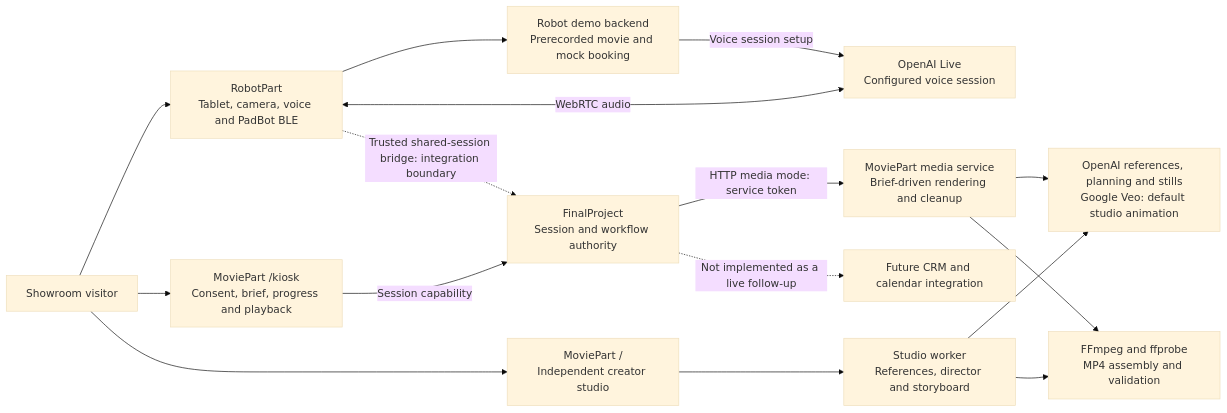
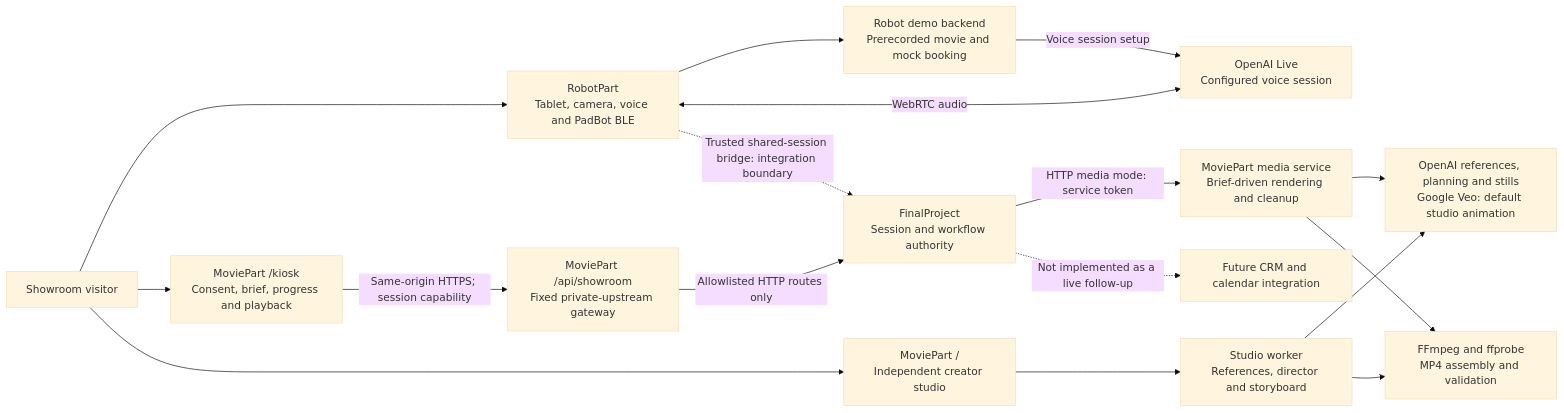
Before and after one commit to dngoins/agents-everywhere-starter-kit: the diagram in README.md, drawn with Mermaid (base theme). The commit also changed other lines of this file and 12 other files, not shown here.

Commit message:
Add bounded showroom gateway and opt-in kiosk launcher

````diff
--- a/README.md
+++ b/README.md
@@ -25,31 +25,33 @@
 ```mermaid
 flowchart LR
     Visitor["Showroom visitor"]
     Robot["RobotPart<br/>Tablet, camera, voice and PadBot BLE"]
     RobotAPI["Robot demo backend<br/>Prerecorded movie and mock booking"]
     Kiosk["MoviePart /kiosk<br/>Consent, brief, progress and playback"]
+    Gateway["MoviePart /api/showroom<br/>Fixed private-upstream gateway"]
     Orchestrator["FinalProject<br/>Session and workflow authority"]
     Media["MoviePart media service<br/>Brief-driven rendering and cleanup"]
     Studio["MoviePart /<br/>Independent creator studio"]
     Worker["Studio worker<br/>References, director and storyboard"]
     Voice["OpenAI Live<br/>Configured voice session"]
     Models["OpenAI references, planning and stills<br/>Google Veo: default studio animation"]
     Encoder["FFmpeg and ffprobe<br/>MP4 assembly and validation"]
     Followup["Future CRM and calendar integration"]
 
     Visitor --> Robot
     Robot --> RobotAPI
     RobotAPI -->|"Voice session setup"| Voice
     Robot <-->|"WebRTC audio"| Voice
     Robot -. "Trusted shared-session bridge: integration boundary" .-> Orchestrator
     Visitor --> Kiosk
-    Kiosk -->|"Session capability"| Orchestrator
+    Kiosk -->|"Same-origin HTTPS; session capability"| Gateway
+    Gateway -->|"Allowlisted HTTP routes only"| Orchestrator
     Orchestrator -->|"HTTP media mode: service token"| Media
     Visitor --> Studio
     Studio --> Worker
     Worker --> Models
     Media --> Models
     Worker --> Encoder
     Media --> Encoder
     Orchestrator -. "Not implemented as a live follow-up" .-> Followup
 ```
````
